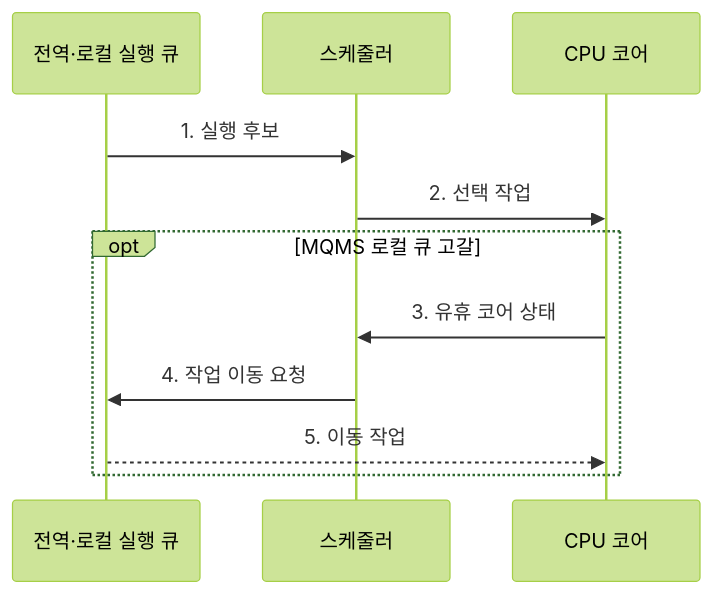
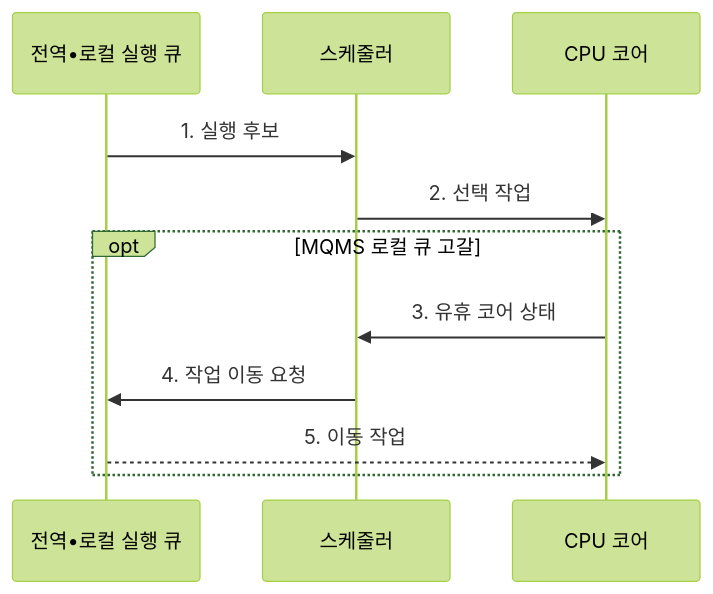
The second of 2 diagrams in src/content/docs/notes/03-software/028_multiprocessor_scheduling_sqms_mqms.md (agnusdei1207/knowledge-base), drawn with Mermaid (forest theme) before and after one commit. The commit also changed other lines of this file and 953 other files, not shown here.

````diff
--- a/src/content/docs/notes/03-software/028_multiprocessor_scheduling_sqms_mqms.md
+++ b/src/content/docs/notes/03-software/028_multiprocessor_scheduling_sqms_mqms.md
@@ -109,13 +109,13 @@
 ```mermaid
 sequenceDiagram
-    participant Q as 전역·로컬 실행 큐
+    participant Q as 전역•로컬 실행 큐
     participant S as 스케줄러
     participant C as CPU 코어
     Q->>S: 1. 실행 후보
     S->>C: 2. 선택 작업
     opt MQMS 로컬 큐 고갈
         C->>S: 3. 유휴 코어 상태
         S->>Q: 4. 작업 이동 요청
         Q-->>C: 5. 이동 작업
     end
 ```
````
